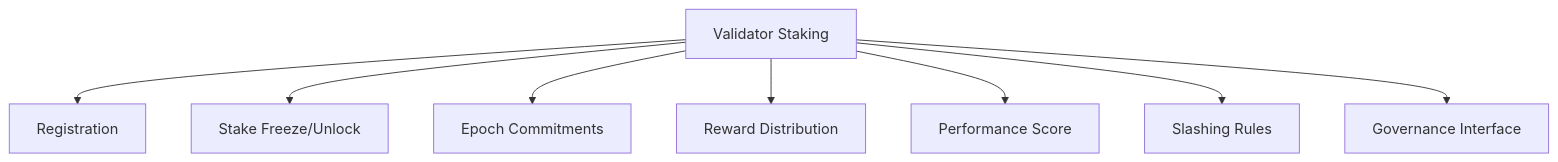
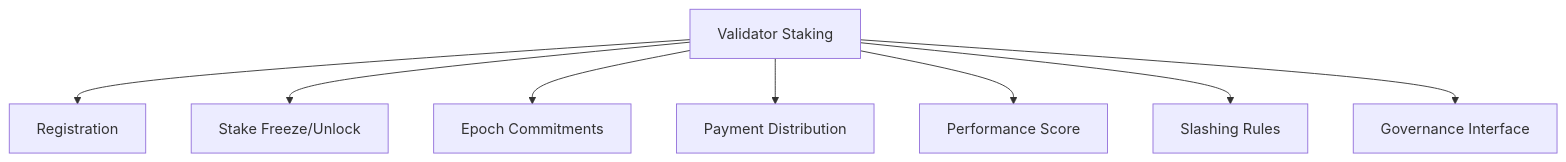
Diagram 12 of 15 in architecture_diagrams.md (Aros-Technology-Studio/AST-Aros-Financial-Paradigm), drawn with Mermaid before and after one commit. The commit also changed other lines of this file and 29 other files, not shown here.

````diff
--- a/architecture_diagrams.md
+++ b/architecture_diagrams.md
@@ -155,11 +155,11 @@
 ```mermaid
 graph TD
   A[Validator Staking]
   A --> B[Registration]
   A --> C[Stake Freeze/Unlock]
   A --> D[Epoch Commitments]
-  A --> E[Reward Distribution]
+  A --> E[Payment Distribution]
   A --> F[Performance Score]
   A --> G[Slashing Rules]
   A --> H[Governance Interface]
 ```
````
